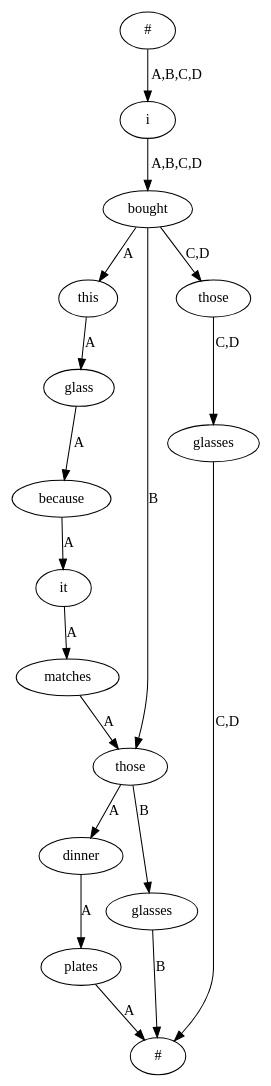
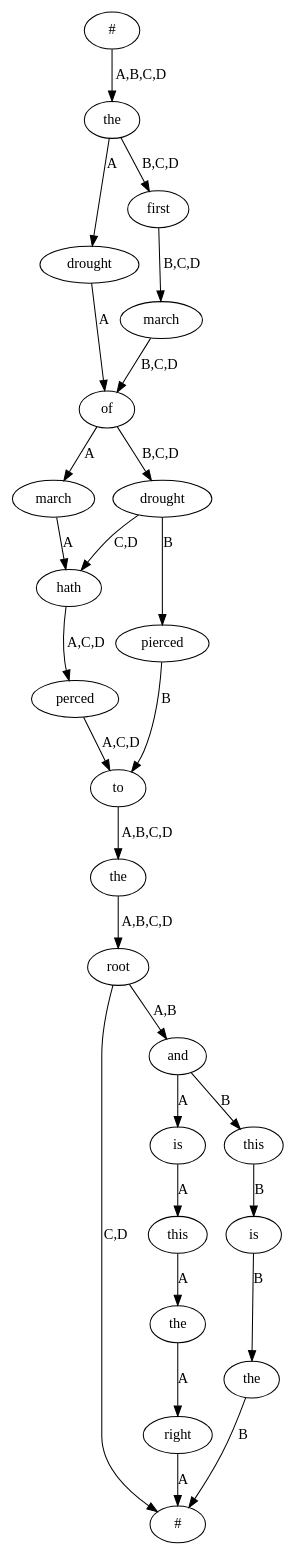
One commit to interedition/collatex changed the diagram in collatex-web/src/main/ruby/input.dot. Above: the diagram before and after it, drawn with Graphviz. The commit also changed 1 other file, not shown here.

```diff
--- a/collatex-web/src/main/ruby/input.dot
+++ b/collatex-web/src/main/ruby/input.dot
@@ -1,34 +1,52 @@
 digraph G {
   1 [label = "#"];
   2 [label = "#"];
-  3 [label = "i"];
-  4 [label = "bought"];
-  5 [label = "this"];
-  6 [label = "glass"];
-  7 [label = "because"];
-  8 [label = "it"];
-  9 [label = "matches"];
-  10 [label = "those"];
-  11 [label = "dinner"];
-  12 [label = "plates"];
-  13 [label = "glasses"];
-  14 [label = "those"];
-  15 [label = "glasses"];
+  3 [label = "the"];
+  4 [label = "drought"];
+  5 [label = "of"];
+  6 [label = "march"];
+  7 [label = "hath"];
+  8 [label = "perced"];
+  9 [label = "to"];
+  10 [label = "the"];
+  11 [label = "root"];
+  12 [label = "and"];
+  13 [label = "is"];
+  14 [label = "this"];
+  15 [label = "the"];
+  16 [label = "right"];
+  17 [label = "first"];
+  18 [label = "march"];
+  19 [label = "drought"];
+  20 [label = "pierced"];
+  21 [label = "this"];
+  22 [label = "is"];
+  23 [label = "the"];
   1 -> 3 [label = "A,B,C,D"];
-  3 -> 4 [label = "A,B,C,D"];
+  3 -> 4 [label = "A"];
   4 -> 5 [label = "A"];
   5 -> 6 [label = "A"];
   6 -> 7 [label = "A"];
-  7 -> 8 [label = "A"];
-  8 -> 9 [label = "A"];
-  9 -> 10 [label = "A"];
-  10 -> 11 [label = "A"];
-  11 -> 12 [label = "A"];
-  12 -> 2 [label = "A"];
-  4 -> 10 [label = "B"];
-  10 -> 13 [label = "B"];
-  13 -> 2 [label = "B"];
-  4 -> 14 [label = "C,D"];
-  14 -> 15 [label = "C,D"];
-  15 -> 2 [label = "C,D"];
+  7 -> 8 [label = "A,C,D"];
+  8 -> 9 [label = "A,C,D"];
+  9 -> 10 [label = "A,B,C,D"];
+  10 -> 11 [label = "A,B,C,D"];
+  11 -> 12 [label = "A,B"];
+  12 -> 13 [label = "A"];
+  13 -> 14 [label = "A"];
+  14 -> 15 [label = "A"];
+  15 -> 16 [label = "A"];
+  16 -> 2 [label = "A"];
+  3 -> 17 [label = "B,C,D"];
+  17 -> 18 [label = "B,C,D"];
+  18 -> 5 [label = "B,C,D"];
+  5 -> 19 [label = "B,C,D"];
+  19 -> 20 [label = "B"];
+  20 -> 9 [label = "B"];
+  12 -> 21 [label = "B"];
+  21 -> 22 [label = "B"];
+  22 -> 23 [label = "B"];
+  23 -> 2 [label = "B"];
+  19 -> 7 [label = "C,D"];
+  11 -> 2 [label = "C,D"];
 }
```
